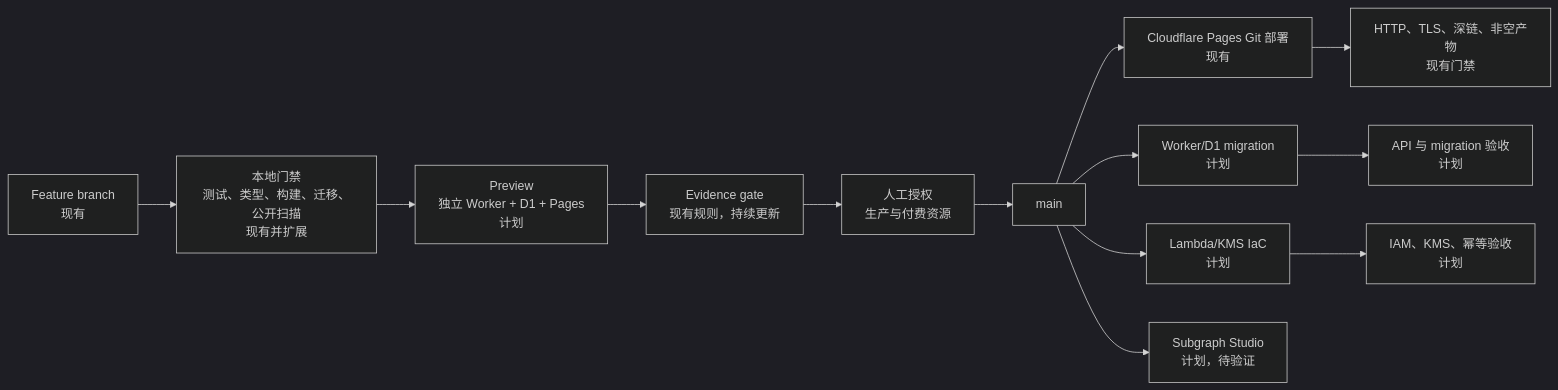
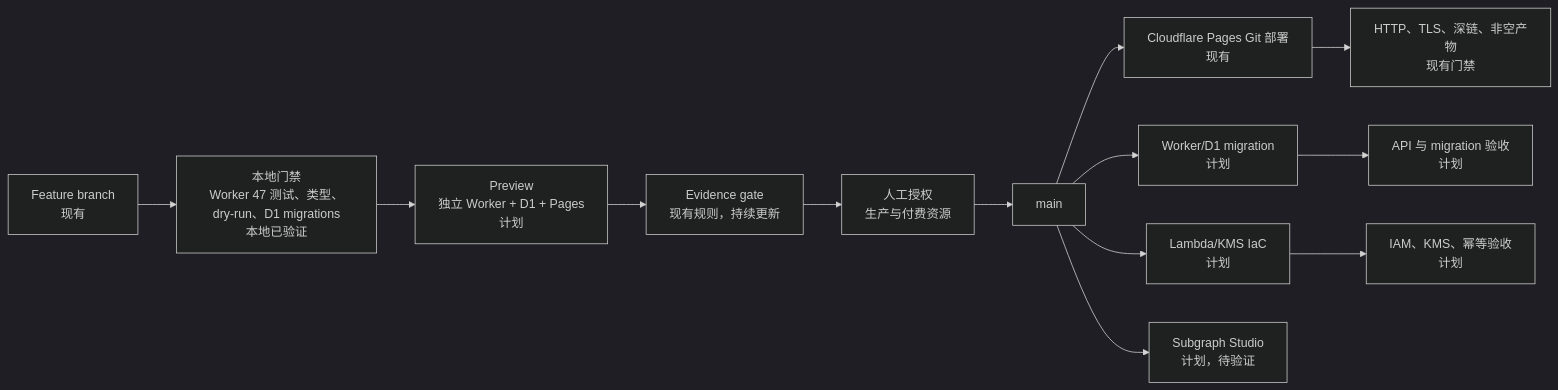
One commit to Tiancheng-Xu/babysteps changed the sixth of 8 diagrams in docs/architecture/starbuddy-web3-architecture.mmd. Above: the diagram before and after it, drawn with Mermaid (dark theme). The commit also changed other lines of this file and 4 other files, not shown here.

````diff
--- a/docs/architecture/starbuddy-web3-architecture.mmd
+++ b/docs/architecture/starbuddy-web3-architecture.mmd
@@ -156,15 +158,15 @@
 ```mermaid
 flowchart LR
-    feature["Feature branch<br/>现有"] --> local["本地门禁<br/>测试、类型、构建、迁移、公开扫描<br/>现有并扩展"]
+    feature["Feature branch<br/>现有"] --> local["本地门禁<br/>Worker 47 测试、类型、dry-run、D1 migrations<br/>本地已验证"]
     local --> preview["Preview<br/>独立 Worker + D1 + Pages<br/>计划"]
     preview --> evidence["Evidence gate<br/>现有规则，持续更新"]
     evidence --> approval["人工授权<br/>生产与付费资源"]
     approval --> main["main"]
     main --> pagesDeploy["Cloudflare Pages Git 部署<br/>现有"]
     main --> workerDeploy["Worker/D1 migration<br/>计划"]
     main --> awsDeploy["Lambda/KMS IaC<br/>计划"]
     main --> graphDeploy["Subgraph Studio<br/>计划，待验证"]
     pagesDeploy --> httpCheck["HTTP、TLS、深链、非空产物<br/>现有门禁"]
     workerDeploy --> apiCheck["API 与 migration 验收<br/>计划"]
     awsDeploy --> kmsCheck["IAM、KMS、幂等验收<br/>计划"]
 ```
````
